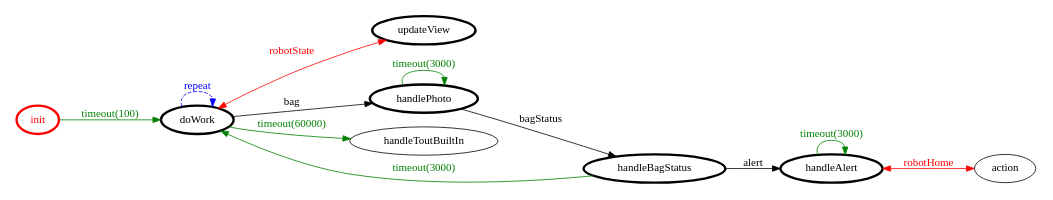
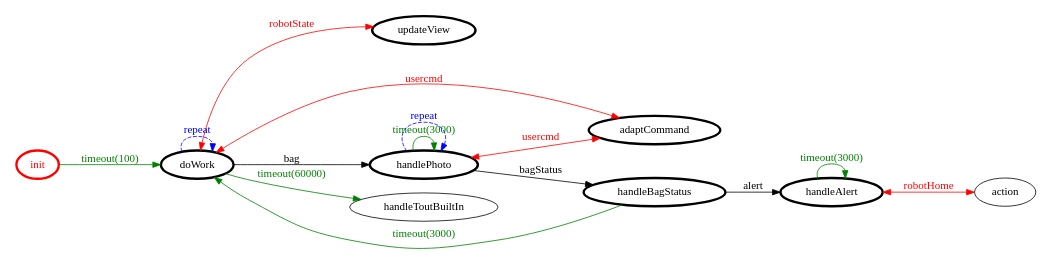
The diagram in project/srcMore/it/unibo/console/console.gv (NiccoMlt/ISS-2018-Final-Task), drawn with Graphviz before and after one commit. The commit also changed 24 other files, not shown here.

```diff
--- a/project/srcMore/it/unibo/console/console.gv
+++ b/project/srcMore/it/unibo/console/console.gv
@@ -1,30 +1,34 @@
 /*
 *
 * A GraphViz DOT FSM description 
 * Please use a GraphViz visualizer (like http://www.webgraphviz.com)
 *  
 */
 
 digraph finite_state_machine {
 	rankdir=LR
 	size="8,5"
 	
 	init [ color = red ][ fontcolor = red ][ penwidth = 3 ]
 	updateView [ color = black ][ fontcolor = black ][ penwidth = 3 ]
 	doWork [ color = black ][ fontcolor = black ][ penwidth = 3 ]
 	handlePhoto [ color = black ][ fontcolor = black ][ penwidth = 3 ]
+	adaptCommand [ color = black ][ fontcolor = black ][ penwidth = 3 ]
 	handleBagStatus [ color = black ][ fontcolor = black ][ penwidth = 3 ]
 	handleAlert [ color = black ][ fontcolor = black ][ penwidth = 3 ]
 	
 	handlePhoto -> handlePhoto [ label = "timeout(3000)" ][ color = green ][ fontcolor = green ]
 	init -> doWork [ label = "timeout(100)" ][ color = green ][ fontcolor = green ]
 	doWork -> handlePhoto [ label = "bag" ][ color = black ][ fontcolor = black ]
-	handleAlert -> handleAlert [ label = "timeout(3000)" ][ color = green ][ fontcolor = green ]
 	doWork -> handleToutBuiltIn [ label = "timeout(60000)" ][ color = green ][ fontcolor = green ]
-	handlePhoto -> handleBagStatus [ label = "bagStatus" ][ color = black ][ fontcolor = black ]
+	handlePhoto -> adaptCommand [ label = "usercmd" ][ color = red ][ fontcolor = red ][ dir = both ]
 	doWork -> updateView [ label = "robotState" ][ color = red ][ fontcolor = red ][ dir = both ]
-	handleBagStatus -> doWork [ label = "timeout(3000)" ][ color = green ][ fontcolor = green ]
 	doWork -> doWork [ label = "repeat "][ style = dashed ][ color = blue ][ fontcolor = blue ]
 	handleBagStatus -> handleAlert [ label = "alert" ][ color = black ][ fontcolor = black ]
 	handleAlert -> action [ label = "robotHome" ][ color = red ][ fontcolor = red ][ dir = both ]
+	doWork -> adaptCommand [ label = "usercmd" ][ color = red ][ fontcolor = red ][ dir = both ]
+	handleAlert -> handleAlert [ label = "timeout(3000)" ][ color = green ][ fontcolor = green ]
+	handlePhoto -> handleBagStatus [ label = "bagStatus" ][ color = black ][ fontcolor = black ]
+	handleBagStatus -> doWork [ label = "timeout(3000)" ][ color = green ][ fontcolor = green ]
+	handlePhoto -> handlePhoto [ label = "repeat "][ style = dashed ][ color = blue ][ fontcolor = blue ]
 }
```
